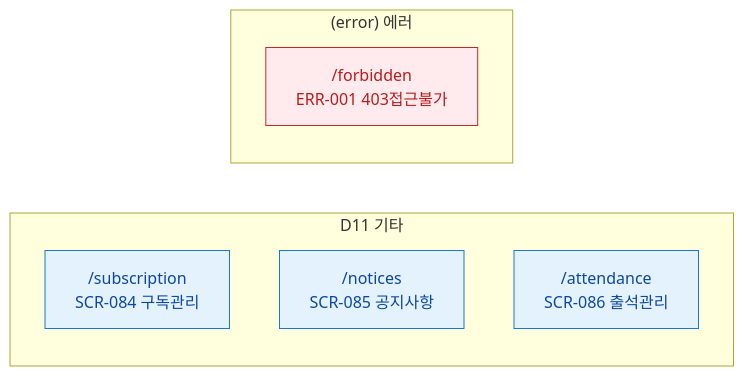
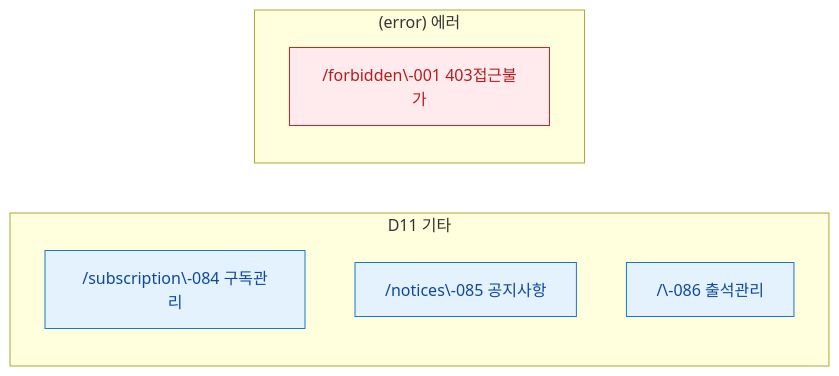
One commit to dev-spogym/admin-pando changed diagram 11 of 11 in docs/다이어그램/00_사이트맵/N2_도메인별_사이트맵.md. Above: the diagram before and after it, drawn with Mermaid. The commit also changed other lines of this file and 1660 other files, not shown here.

First line of the commit message:
다이어그램: 기획자/클라이언트 납품본으로 정리

````diff
--- a/docs/다이어그램/00_사이트맵/N2_도메인별_사이트맵.md
+++ b/docs/다이어그램/00_사이트맵/N2_도메인별_사이트맵.md
@@ -264,17 +261,17 @@
 ```mermaid
 flowchart LR
     subgraph D11["D11 기타"]
-        SCR084["/subscription\nSCR-084 구독관리"]
-        SCR085["/notices\nSCR-085 공지사항"]
-        SCR086["/attendance\nSCR-086 출석관리"]
+        SCR084["/subscription\-084 구독관리"]
+        SCR085["/notices\-085 공지사항"]
+        SCR086["/\-086 출석관리"]
     end
 
     subgraph ERR["(error) 에러"]
-        ERR001["/forbidden\nERR-001 403접근불가"]
+        ERR001["/forbidden\-001 403접근불가"]
     end
 
     classDef screen fill:#E3F2FD,stroke:#1976D2,color:#0D47A1
     classDef error fill:#FFEBEE,stroke:#C62828,color:#B71C1C
     class SCR084,SCR085,SCR086 screen
     class ERR001 error
 ```
````
